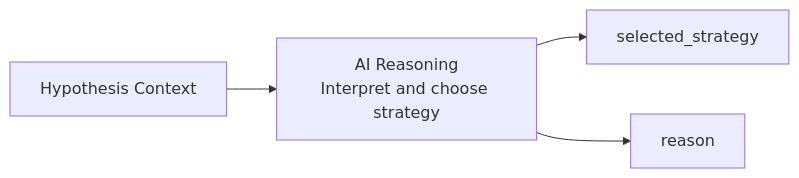
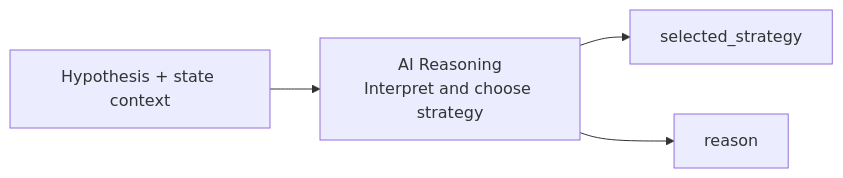
The seventh of 8 diagrams in README.md (Yuqian-He/agentic-trading-workflow), drawn with Mermaid before and after one commit. The commit also changed other lines of this file, not shown here.

````diff
--- a/README.md
+++ b/README.md
@@ -85,6 +112,6 @@
 ```mermaid
 graph LR
-    G3O[Hypothesis Context] --> H
+    G3O[Hypothesis + state context] --> H
     H[AI Reasoning<br/>Interpret and choose strategy] --> R1["selected_strategy"]
     H --> R2["reason"]
 ```
````
